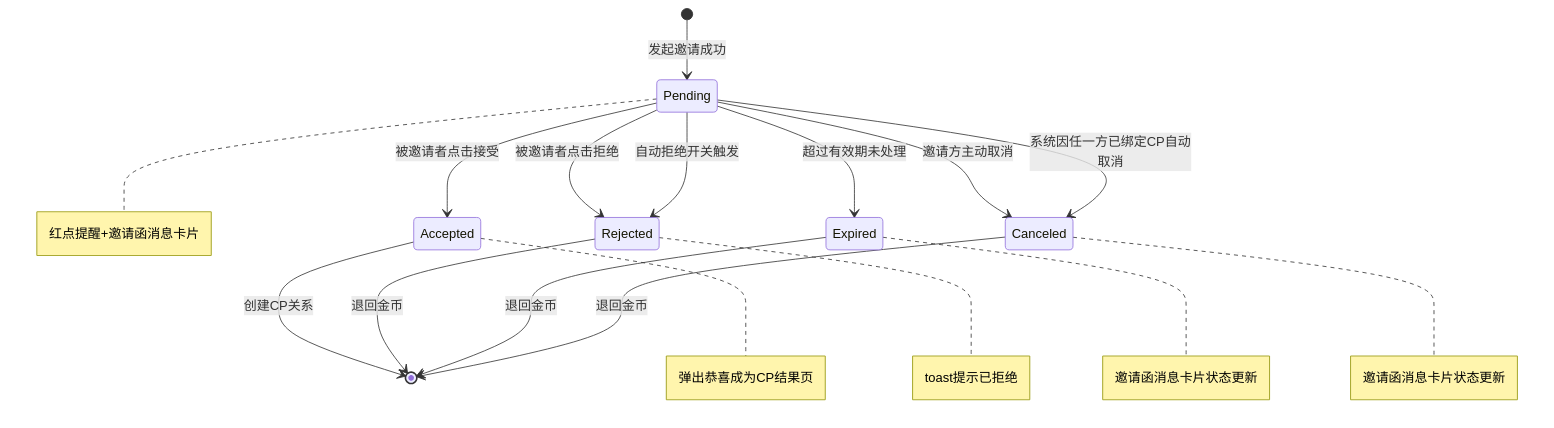
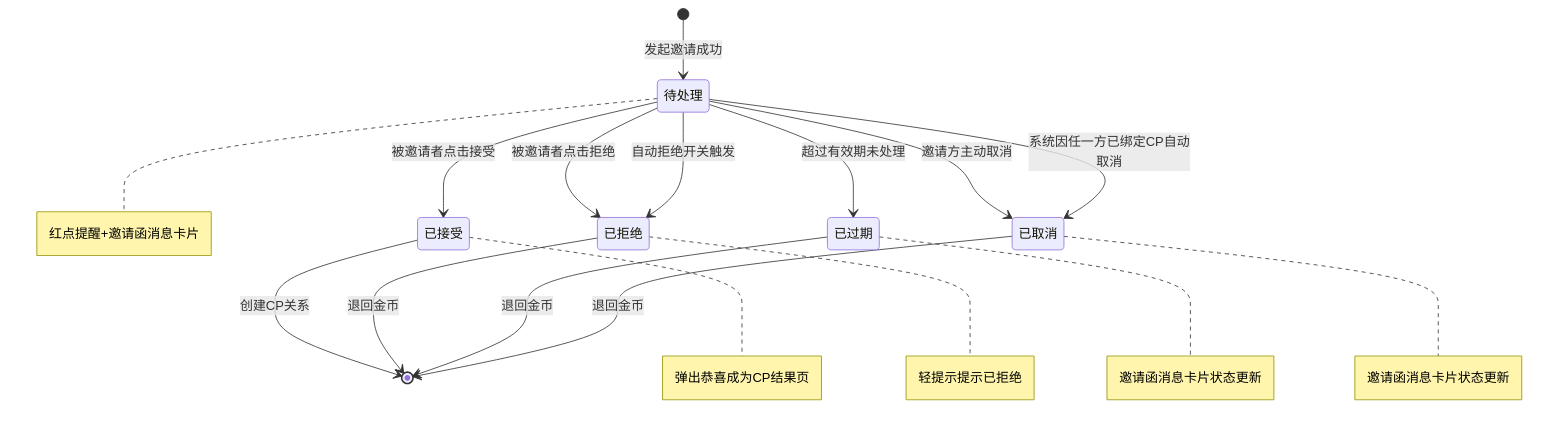
Before and after one commit to kocekid/CP1.0-Requirements: the fourth of 12 diagrams in CP系统需求文档_v1.0.md, drawn with Mermaid. The commit also changed other lines of this file, not shown here.

Commit message:
更新CP系统需求文档：图下需求拆解块全部重写为完整字段表结构

````diff
--- a/CP系统需求文档_v1.0.md
+++ b/CP系统需求文档_v1.0.md
@@ -727,21 +739,21 @@
 ```mermaid
 stateDiagram-v2
-    [*] --> Pending: 发起邀请成功
-    Pending --> Accepted: 被邀请者点击接受
-    Pending --> Rejected: 被邀请者点击拒绝
-    Pending --> Rejected: 自动拒绝开关触发
-    Pending --> Expired: 超过有效期未处理
-    Pending --> Canceled: 邀请方主动取消
-    Pending --> Canceled: 系统因任一方已绑定CP自动取消
+    [*] --> 待处理: 发起邀请成功
+    待处理 --> 已接受: 被邀请者点击接受
+    待处理 --> 已拒绝: 被邀请者点击拒绝
+    待处理 --> 已拒绝: 自动拒绝开关触发
+    待处理 --> 已过期: 超过有效期未处理
+    待处理 --> 已取消: 邀请方主动取消
+    待处理 --> 已取消: 系统因任一方已绑定CP自动取消
     
-    Accepted --> [*]: 创建CP关系
-    Rejected --> [*]: 退回金币
-    Expired --> [*]: 退回金币
-    Canceled --> [*]: 退回金币
+    已接受 --> [*]: 创建CP关系
+    已拒绝 --> [*]: 退回金币
+    已过期 --> [*]: 退回金币
+    已取消 --> [*]: 退回金币
     
-    note right of Pending: 红点提醒+邀请函消息卡片
-    note right of Accepted: 弹出恭喜成为CP结果页
-    note right of Rejected: toast提示已拒绝
-    note right of Expired: 邀请函消息卡片状态更新
-    note right of Canceled: 邀请函消息卡片状态更新
+    note right of 待处理: 红点提醒+邀请函消息卡片
+    note right of 已接受: 弹出恭喜成为CP结果页
+    note right of 已拒绝: 轻提示提示已拒绝
+    note right of 已过期: 邀请函消息卡片状态更新
+    note right of 已取消: 邀请函消息卡片状态更新
 ```
````
